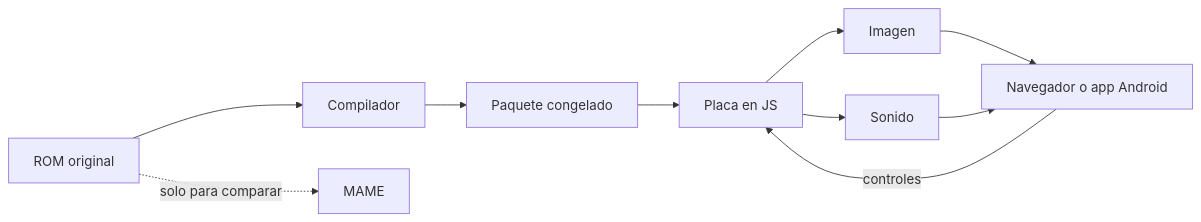
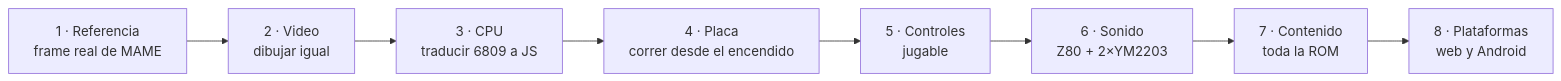
Before and after one commit to krukmat/gng-ghidra: the second of 5 diagrams in README.md, drawn with Mermaid. The commit also changed other lines of this file, not shown here.

````diff
--- a/README.md
+++ b/README.md
@@ -47,12 +46,10 @@
 ```mermaid
 flowchart LR
-  ROM["ROM original"] --> AOT["Compilador"]
-  AOT --> B["Paquete congelado"]
-  B --> P["Placa en JS"]
-  P --> R["Imagen"]
-  P --> Z["Sonido"]
-  R --> H["Navegador o app Android"]
-  Z --> H
-  H -->|controles| P
-  ROM -.->|solo para comparar| M["MAME"]
+  E1["1 · Referencia<br/>frame real de MAME"] --> E2["2 · Video<br/>dibujar igual"]
+  E2 --> E3["3 · CPU<br/>traducir 6809 a JS"]
+  E3 --> E4["4 · Placa<br/>correr desde el encendido"]
+  E4 --> E5["5 · Controles<br/>jugable"]
+  E5 --> E6["6 · Sonido<br/>Z80 + 2×YM2203"]
+  E6 --> E7["7 · Contenido<br/>toda la ROM"]
+  E7 --> E8["8 · Plataformas<br/>web y Android"]
 ```
````
